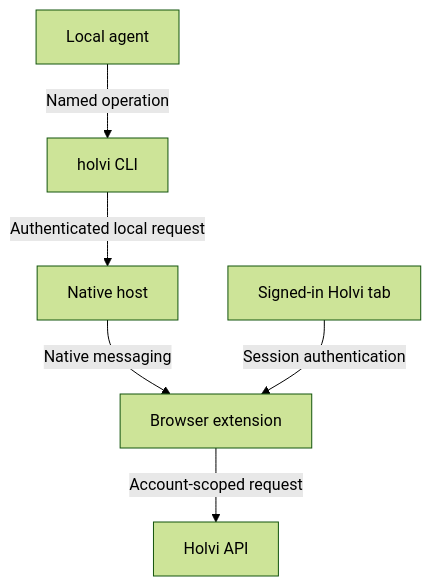
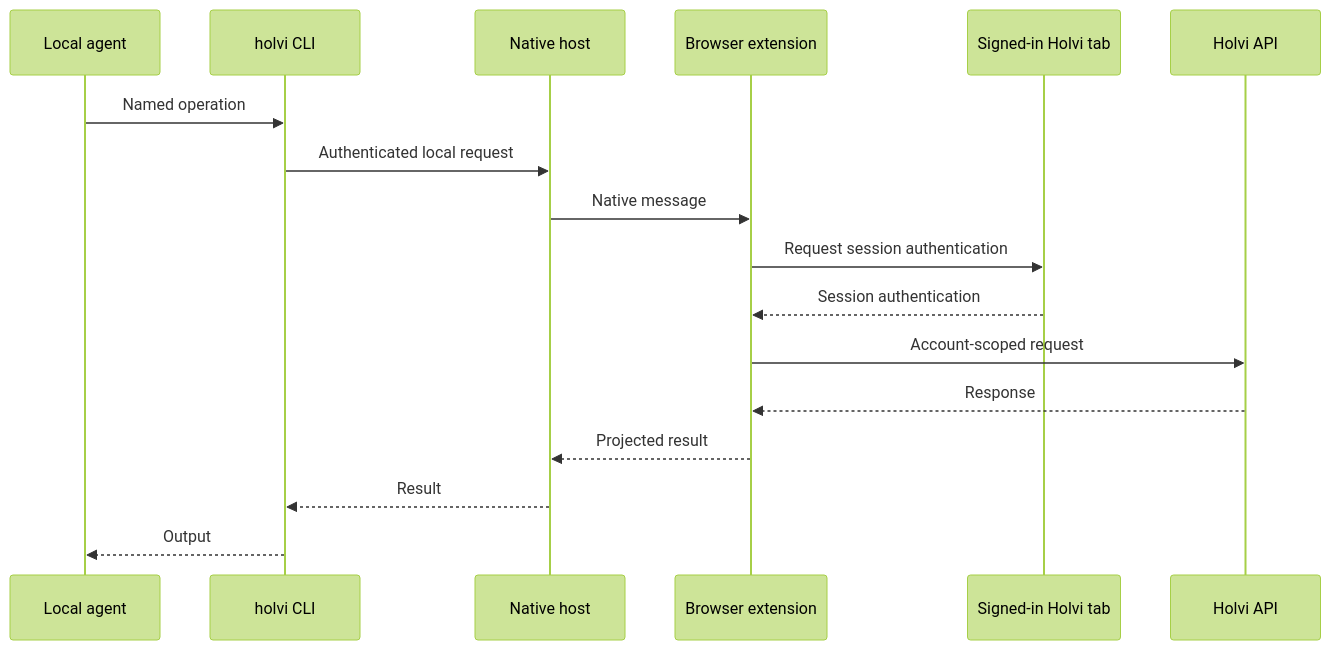
One commit to raine/holvi-agent-bridge changed the diagram in README.md. Above: the diagram before and after it, drawn with Mermaid (forest theme). The commit also changed other lines of this file, not shown here.

Commit message:
readme: restore bridge message flow
Use a sequence diagram to show requests and responses in chronological order. This keeps the bridge components on a left-to-right axis and shows how the signed-in browser tab supplies session authentication.

````diff
--- a/README.md
+++ b/README.md
@@ -12,8 +12,20 @@
 ```mermaid
-flowchart TD
-    Agent["Local agent"] -->|"Named operation"| CLI["holvi CLI"]
-    CLI -->|"Authenticated local request"| Host["Native host"]
-    Host -->|"Native messaging"| Extension["Browser extension"]
-    Tab["Signed-in Holvi tab"] -->|"Session authentication"| Extension
-    Extension -->|"Account-scoped request"| API["Holvi API"]
+sequenceDiagram
+    participant Agent as Local agent
+    participant CLI as holvi CLI
+    participant Host as Native host
+    participant Extension as Browser extension
+    participant Tab as Signed-in Holvi tab
+    participant API as Holvi API
+
+    Agent->>CLI: Named operation
+    CLI->>Host: Authenticated local request
+    Host->>Extension: Native message
+    Extension->>Tab: Request session authentication
+    Tab-->>Extension: Session authentication
+    Extension->>API: Account-scoped request
+    API-->>Extension: Response
+    Extension-->>Host: Projected result
+    Host-->>CLI: Result
+    CLI-->>Agent: Output
 ```
````
